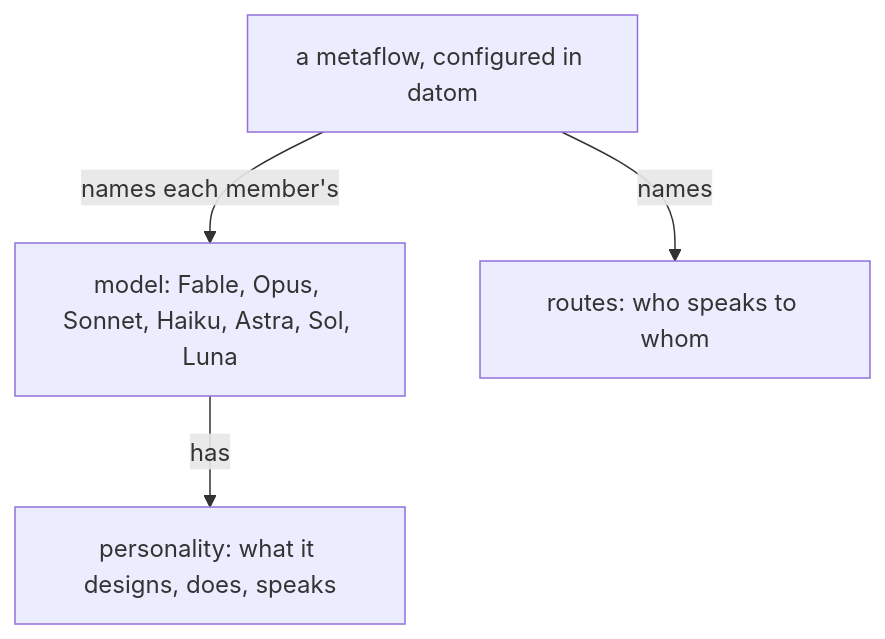
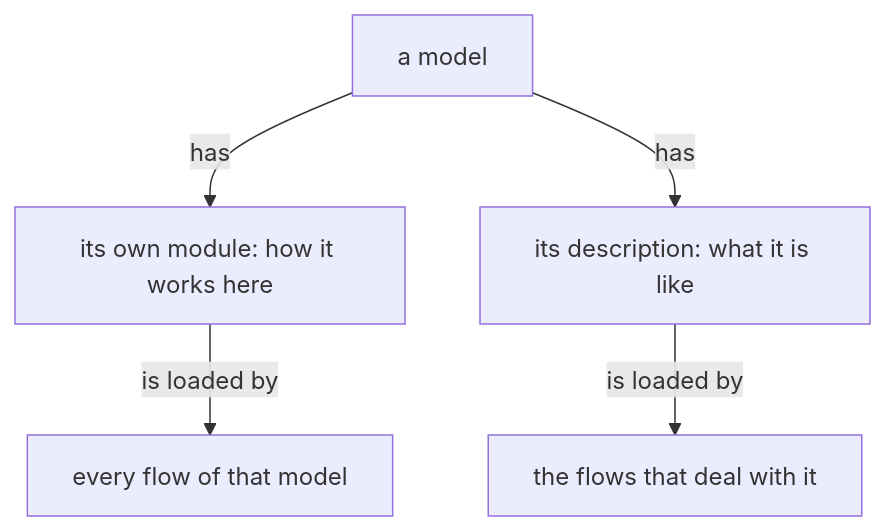
Before and after one commit to LiGoldragon/psyche-belief: the diagram in vision/model-roles/0.md, drawn with Mermaid. The commit also changed other lines of this file and 5 other files, not shown here.

First line of the commit message:
model roles: land what the living approved on «Everything that touches on models», earlier edition, up to his last comment

````diff
--- a/vision/model-roles/0.md
+++ b/vision/model-roles/0.md
@@ -18,6 +12,7 @@
 ```mermaid
 flowchart TB
-    c["a metaflow, configured in datom"] -- "names each member's" --> m["model: Fable, Opus, Sonnet, Haiku, Astra, Sol, Luna"]
-    m -- "has" --> p["personality: what it designs, does, speaks"]
-    c -- "names" --> r["routes: who speaks to whom"]
+    m["a model"] -- "has" --> o["its own module: how it works here"]
+    m -- "has" --> d["its description: what it is like"]
+    o -- "is loaded by" --> s["every flow of that model"]
+    d -- "is loaded by" --> f["the flows that deal with it"]
 ```
````
